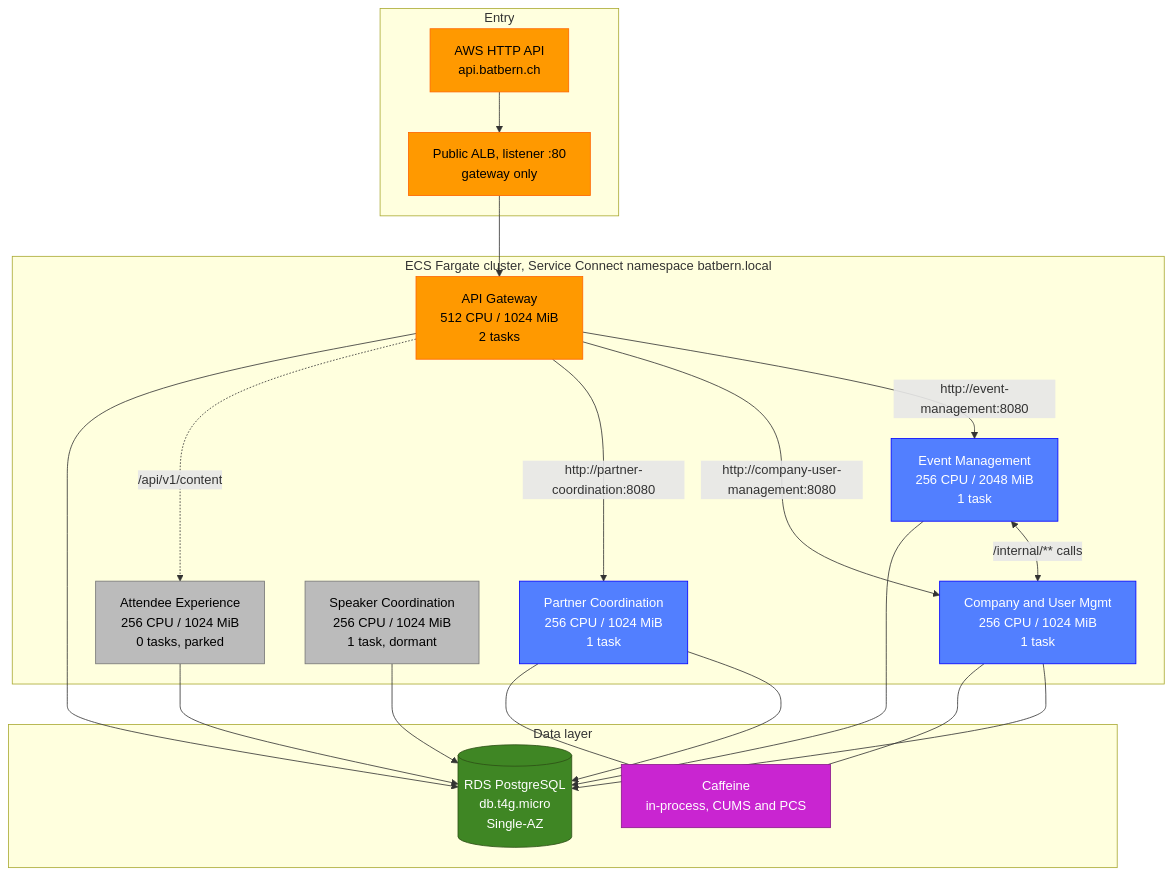
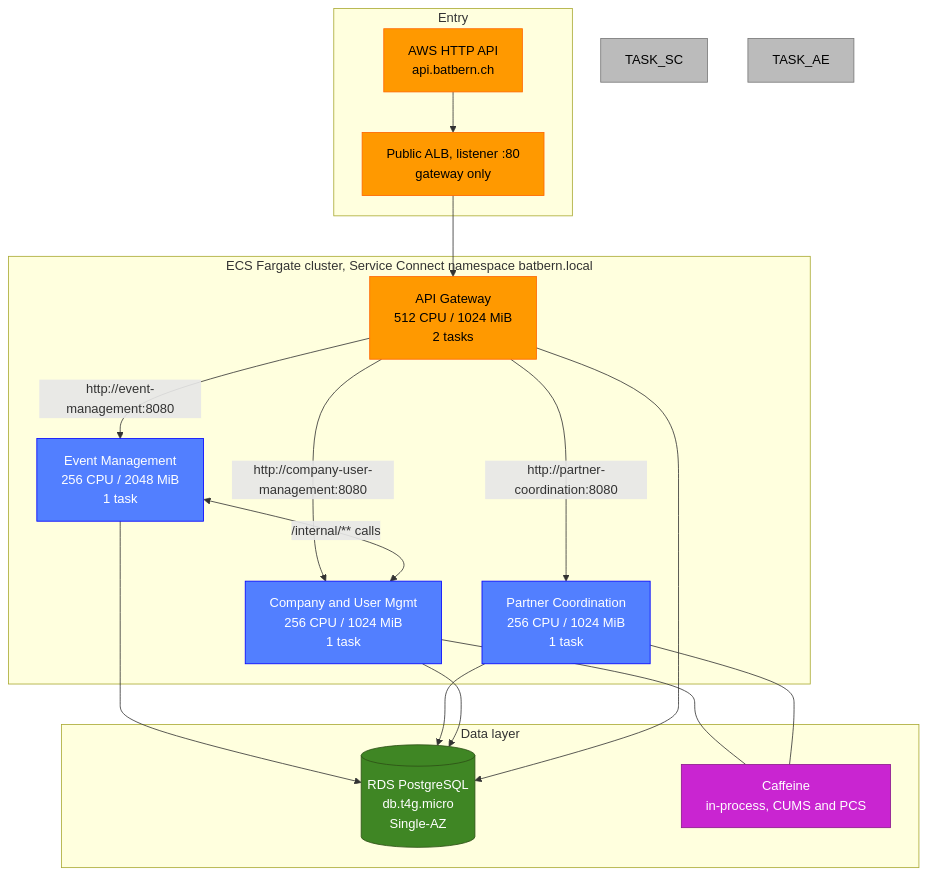
One commit to nissimbuchs/BATbern2 changed the sixth of 26 diagrams in docs/architecture/02-infrastructure-deployment.md. Above: the diagram before and after it, drawn with Mermaid. The commit also changed other lines of this file and 392 other files, not shown here.

First line of the commit message:
feat(architecture): Epic 17 first batch: test fidelity, dead surface removed, API and module gates (17.0a-17.5, 17.3b) (#1258)

````diff
--- a/docs/architecture/02-infrastructure-deployment.md
+++ b/docs/architecture/02-infrastructure-deployment.md
@@ -282,41 +277,38 @@
 ```mermaid
 graph TB
     subgraph EDGE["Entry"]
         HTTPAPI["AWS HTTP API<br/>api.batbern.ch"]
         ALB_PUB["Public ALB, listener :80<br/>gateway only"]
     end
 
     subgraph CLUSTER["ECS Fargate cluster, Service Connect namespace batbern.local"]
         TASK_GW["API Gateway<br/>512 CPU / 1024 MiB<br/>2 tasks"]
         TASK_EM["Event Management<br/>256 CPU / 2048 MiB<br/>1 task"]
         TASK_CM["Company and User Mgmt<br/>256 CPU / 1024 MiB<br/>1 task"]
         TASK_PC["Partner Coordination<br/>256 CPU / 1024 MiB<br/>1 task"]
-        TASK_SC["Speaker Coordination<br/>256 CPU / 1024 MiB<br/>1 task, dormant"]
-        TASK_AE["Attendee Experience<br/>256 CPU / 1024 MiB<br/>0 tasks, parked"]
     end
 
     subgraph DATA["Data layer"]
         RDS[("RDS PostgreSQL<br/>db.t4g.micro<br/>Single-AZ")]
         CACHE["Caffeine<br/>in-process, CUMS and PCS"]
     end
 
     HTTPAPI --> ALB_PUB --> TASK_GW
     TASK_GW -->|"http://event-management:8080"| TASK_EM
     TASK_GW -->|"http://company-user-management:8080"| TASK_CM
     TASK_GW -->|"http://partner-coordination:8080"| TASK_PC
-    TASK_GW -.->|"/api/v1/content"| TASK_AE
     TASK_EM <-->|"/internal/** calls"| TASK_CM
-    TASK_EM & TASK_SC & TASK_PC & TASK_AE & TASK_CM & TASK_GW --> RDS
+    TASK_EM & TASK_PC & TASK_CM & TASK_GW --> RDS
     TASK_CM & TASK_PC --- CACHE
 
     style ALB_PUB fill:#FF9900,stroke:#FF6600,color:#000
     style HTTPAPI fill:#FF9900,stroke:#FF6600,color:#000
     style TASK_GW fill:#FF9900,stroke:#FF6600,color:#000
     style TASK_EM fill:#527FFF,stroke:#0000FF,color:#fff
     style TASK_CM fill:#527FFF,stroke:#0000FF,color:#fff
     style TASK_PC fill:#527FFF,stroke:#0000FF,color:#fff
     style TASK_SC fill:#BBBBBB,stroke:#777777,color:#000
     style TASK_AE fill:#BBBBBB,stroke:#777777,color:#000
     style RDS fill:#3F8624,stroke:#2D5016,color:#fff
     style CACHE fill:#C925D1,stroke:#8B1A8B,color:#fff
 ```
````
